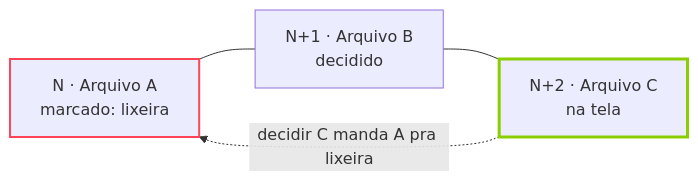
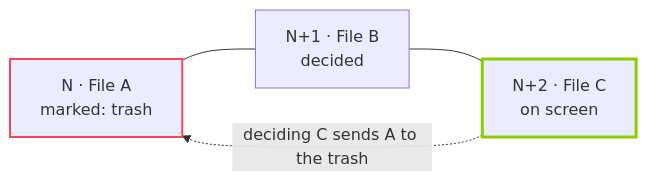
Before and after one commit to murandido/exinder: the diagram in README.md, drawn with Mermaid. The commit also changed other lines of this file, not shown here.

````diff
--- a/README.md
+++ b/README.md
@@ -35,10 +41,10 @@
 ```mermaid
 flowchart LR
-    A["N · Arquivo A<br/>marcado: lixeira"]:::trash
-    B["N+1 · Arquivo B<br/>decidido"]
-    C["N+2 · Arquivo C<br/>na tela"]:::now
+    A["N · File A<br/>marked: trash"]:::trash
+    B["N+1 · File B<br/>decided"]
+    C["N+2 · File C<br/>on screen"]:::now
     A --- B --- C
-    C -. "decidir C manda A pra lixeira" .-> A
+    C -. "deciding C sends A to the trash" .-> A
     classDef trash stroke:#FF4458,stroke-width:2px
     classDef now stroke:#8ACE00,stroke-width:3px
 ```
````
